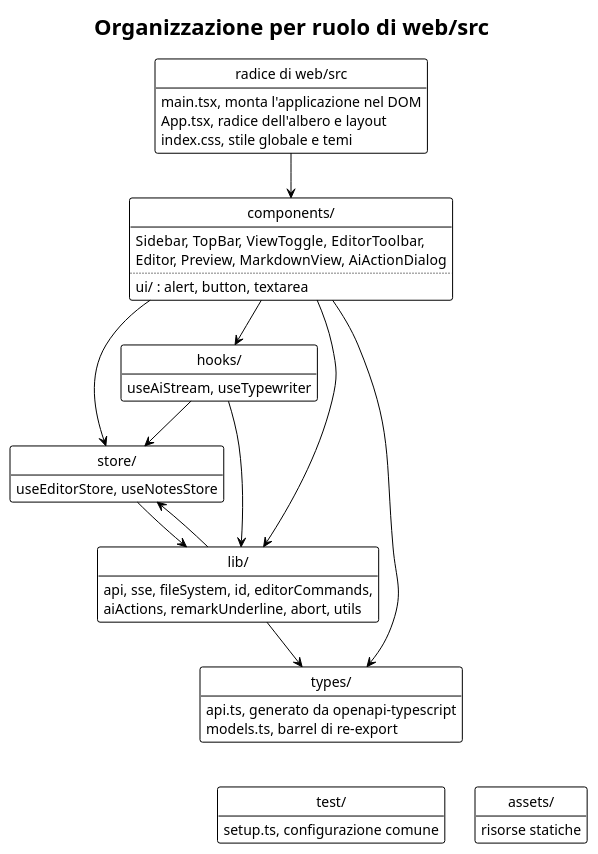
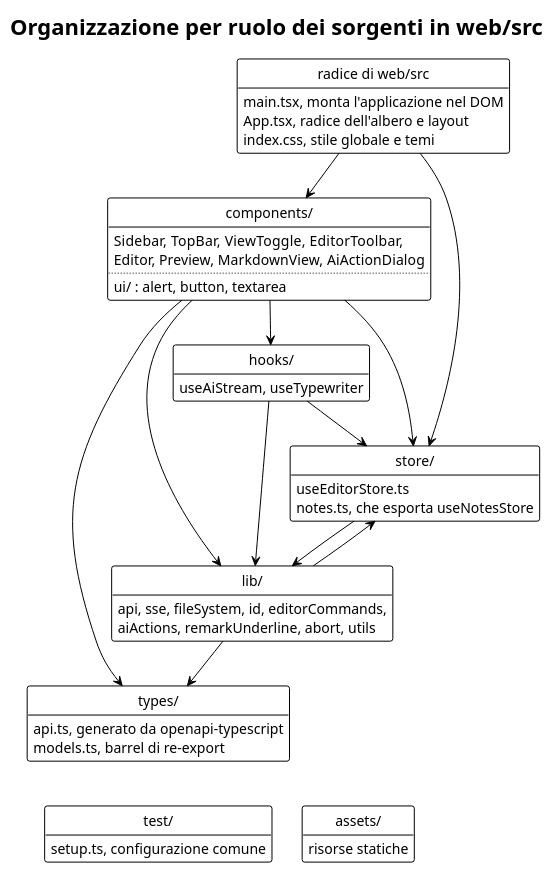
The diagram in PB/doc_esterna/specifica_tecnica/assets/plantuml/UML3.3.1.puml (thebitless-group-swe/thebitless.github.io), drawn with PlantUML before and after one commit. The commit also changed 35 other files, not shown here.

Commit message:
fix(ST):sistema diagrammi UML del capitolo 3.3, elimina i duplicati

```diff
--- a/PB/doc_esterna/specifica_tecnica/assets/plantuml/UML3.3.1.puml
+++ b/PB/doc_esterna/specifica_tecnica/assets/plantuml/UML3.3.1.puml
@@ -1,66 +1,68 @@
 @startuml
 !theme plain
 hide circle
 hide empty members
 skinparam classAttributeIconSize 0
 skinparam shadowing false
 skinparam nodesep 30
 skinparam ranksep 45
 skinparam defaultFontSize 14
 
-title Organizzazione per ruolo di web/src
+title Organizzazione per ruolo dei sorgenti in web/src
 
 class "radice di web/src" as ROOT {
   main.tsx, monta l'applicazione nel DOM
   App.tsx, radice dell'albero e layout
   index.css, stile globale e temi
 }
 
 class "components/" as COMP {
   Sidebar, TopBar, ViewToggle, EditorToolbar,
   Editor, Preview, MarkdownView, AiActionDialog
   ..
   ui/ : alert, button, textarea
 }
 
 class "hooks/" as HOOKS {
   useAiStream, useTypewriter
 }
 
 class "store/" as STORE {
-  useEditorStore, useNotesStore
+  useEditorStore.ts
+  notes.ts, che esporta useNotesStore
 }
 
 class "lib/" as LIB {
   api, sse, fileSystem, id, editorCommands,
   aiActions, remarkUnderline, abort, utils
 }
 
 class "types/" as TYPES {
   api.ts, generato da openapi-typescript
   models.ts, barrel di re-export
 }
 
 class "test/" as TEST {
   setup.ts, configurazione comune
 }
 
 class "assets/" as ASSETS {
   risorse statiche
 }
 
 ROOT --> COMP
+ROOT --> STORE
 COMP --> HOOKS
 COMP --> STORE
 COMP --> LIB
 COMP --> TYPES
 HOOKS --> STORE
 HOOKS --> LIB
 STORE --> LIB
 LIB --> STORE
 LIB --> TYPES
 
 TEST -[hidden]right- ASSETS
 TYPES -[hidden]down- TEST
 
 @enduml
```
